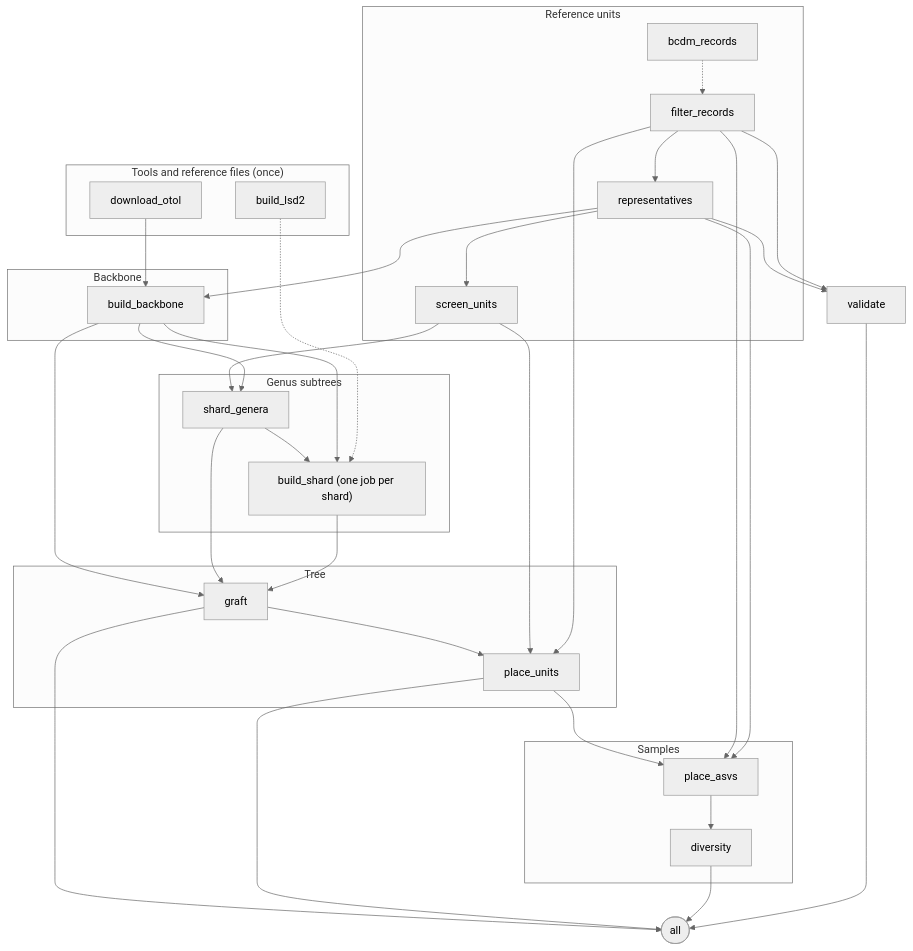
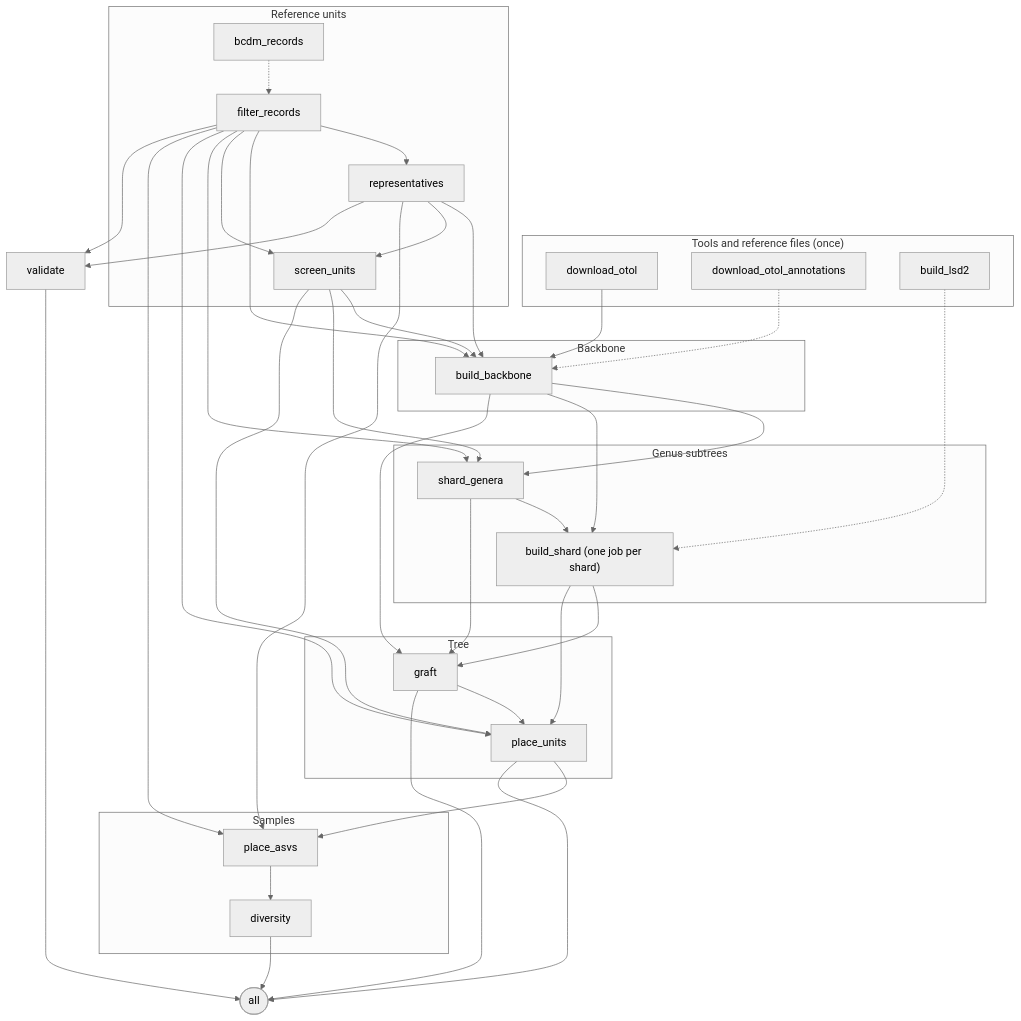
Before and after one commit to naturalis/timegraft: the diagram in docs/technical/running.md, drawn with Mermaid (neutral theme). The commit also changed other lines of this file and 15 other files, not shown here.

````diff
--- a/docs/technical/running.md
+++ b/docs/technical/running.md
@@ -49,57 +49,64 @@
 ```mermaid
 flowchart TB
     subgraph setup["Tools and reference files (once)"]
         download_otol["download_otol"]
+        download_otol_annotations["download_otol_annotations"]
         build_lsd2["build_lsd2"]
     end
     subgraph units["Reference units"]
         bcdm_records["bcdm_records"]
         filter_records["filter_records"]
         representatives["representatives"]
         screen_units["screen_units"]
     end
     subgraph backbone["Backbone"]
         build_backbone["build_backbone"]
     end
     subgraph genus["Genus subtrees"]
         shard_genera["shard_genera"]
         build_shard["build_shard (one job per shard)"]
     end
     subgraph tree["Tree"]
         graft["graft"]
         place_units["place_units"]
     end
     subgraph samples["Samples"]
         place_asvs["place_asvs"]
         diversity["diversity"]
     end
     validate["validate"]
     all(["all"])
 
     bcdm_records -.-> filter_records
     filter_records --> representatives
     representatives --> build_backbone
+    filter_records --> build_backbone
+    screen_units --> build_backbone
     download_otol --> build_backbone
+    download_otol_annotations -.-> build_backbone
     representatives --> screen_units
+    filter_records --> screen_units
     screen_units --> shard_genera
     build_backbone --> shard_genera
+    filter_records --> shard_genera
     shard_genera --> build_shard
     build_backbone --> build_shard
     build_lsd2 -.-> build_shard
     build_backbone --> graft
     shard_genera --> graft
     build_shard --> graft
     graft --> place_units
     screen_units --> place_units
+    build_shard --> place_units
     filter_records --> place_units
     place_units --> place_asvs
     filter_records --> place_asvs
     representatives --> place_asvs
     place_asvs --> diversity
     representatives --> validate
     filter_records --> validate
     graft --> all
     place_units --> all
     diversity --> all
     validate --> all
 ```
````
